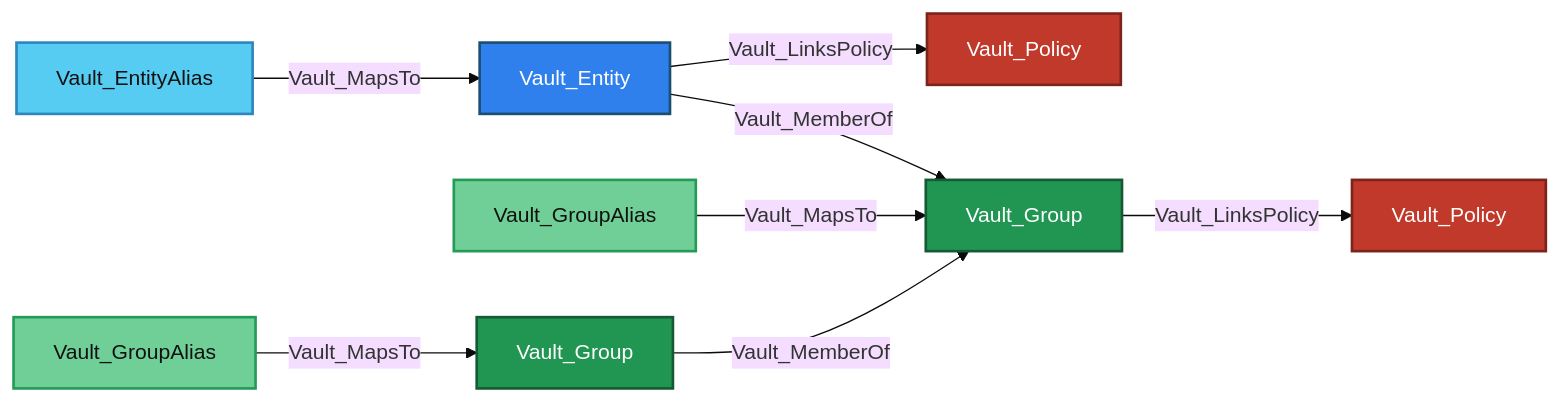
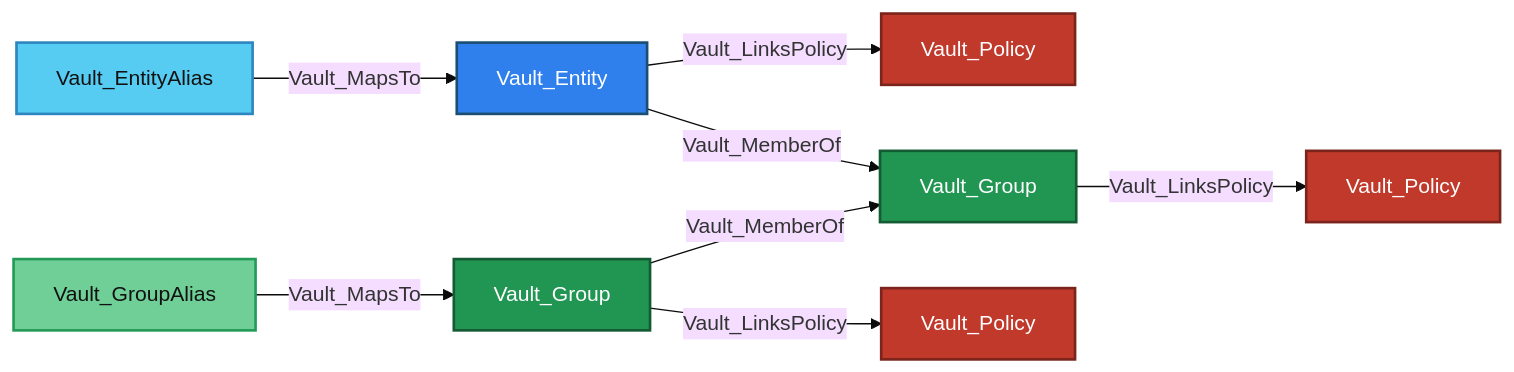
The third of 12 diagrams in Documentation/stores/IDENTITY.md (bytewreck/opengraph-vault), drawn with Mermaid (base theme) before and after one commit. The commit also changed other lines of this file and 4 other files, not shown here.

````diff
--- a/Documentation/stores/IDENTITY.md
+++ b/Documentation/stores/IDENTITY.md
@@ -196,16 +206,16 @@
 ```mermaid
 flowchart LR
     EA[Vault_EntityAlias]:::entityAliasNode -->|Vault_MapsTo| VE[Vault_Entity]:::entityNode
     VE -->|Vault_LinksPolicy| P1[Vault_Policy]:::policyNode
     VE -->|Vault_MemberOf| VG1[Vault_Group]:::groupNode
     VG1 -->|Vault_LinksPolicy| P2[Vault_Policy]:::policyNode
-    GA[Vault_GroupAlias]:::groupAliasNode -->|Vault_MapsTo| VG1
     VG2[Vault_Group]:::groupNode -->|Vault_MemberOf| VG1
     GA2[Vault_GroupAlias]:::groupAliasNode -->|Vault_MapsTo| VG2
+    VG2 -->|Vault_LinksPolicy| P3[Vault_Policy]:::policyNode
 
     classDef entityNode fill:#2F80ED,color:#fff,stroke:#1B4F72,stroke-width:2px
     classDef entityAliasNode fill:#56CCF2,color:#111,stroke:#2E86C1,stroke-width:2px
     classDef groupNode fill:#219653,color:#fff,stroke:#145A32,stroke-width:2px
     classDef groupAliasNode fill:#6FCF97,color:#111,stroke:#239B56,stroke-width:2px
     classDef policyNode fill:#C0392B,color:#fff,stroke:#7B241C,stroke-width:2px
 ```
````
